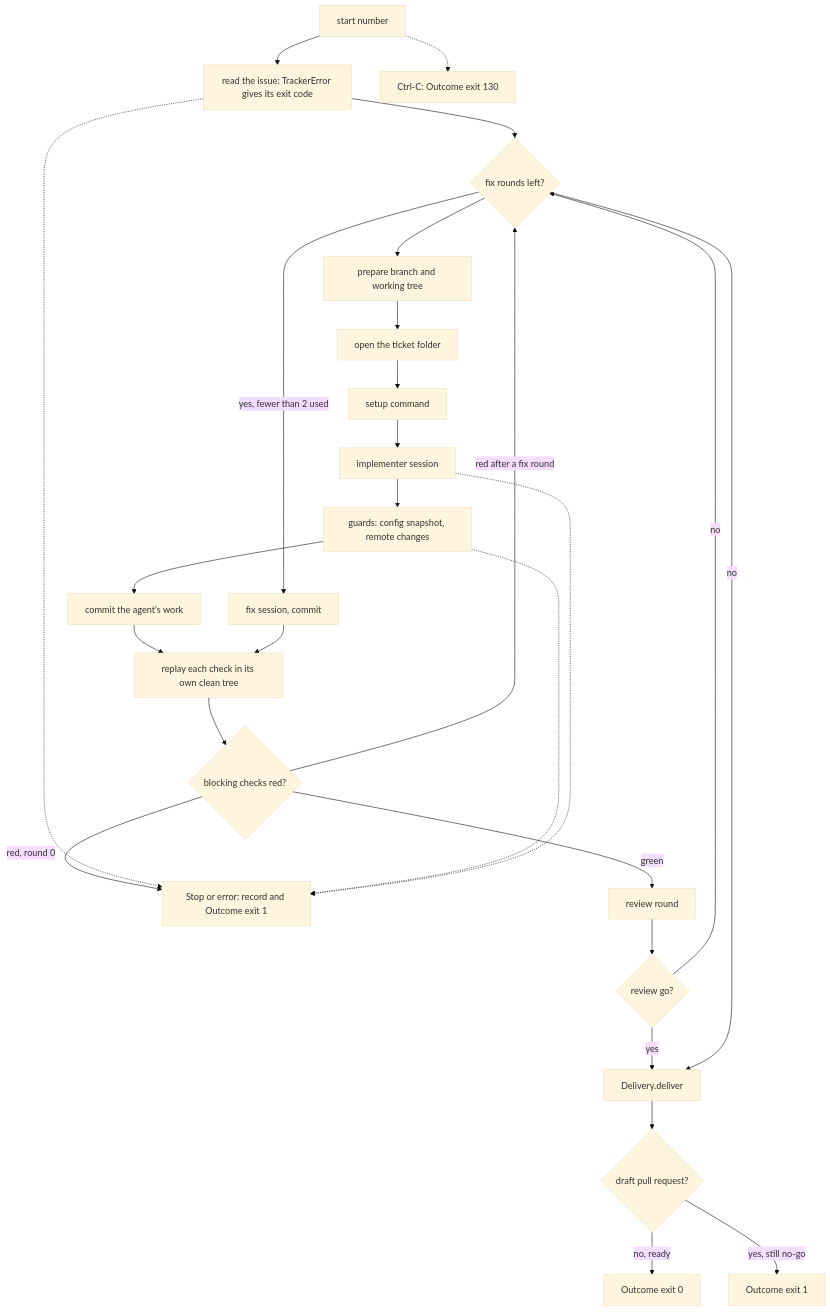
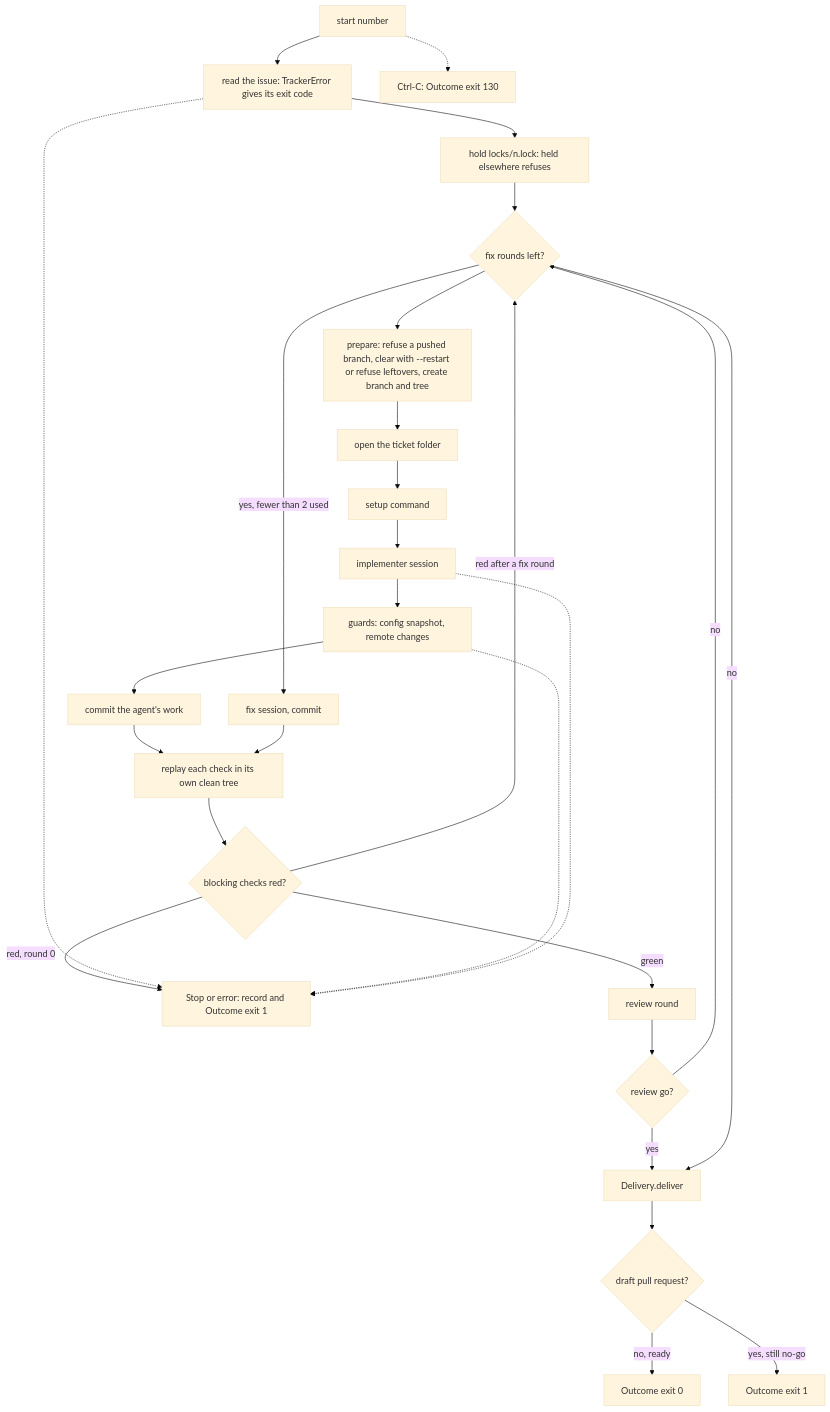
The first of 3 diagrams in docs/architecture/modules/flow.md (plaplanche/ariane), drawn with Mermaid (base theme) before and after one commit. The commit also changed other lines of this file and 27 other files, not shown here.

Commit message:
#140: Restart a stopped or interrupted ticket with `ariane start <n> --restart`, keeping the previous branch (C5, C23, C19)

````diff
--- a/docs/architecture/modules/flow.md
+++ b/docs/architecture/modules/flow.md
@@ -49,28 +50,29 @@
 ```mermaid
 flowchart TD
   A[start number] --> B[read the issue: TrackerError gives its exit code]
-  B --> R[register the run in runs/n, removed however it ends]
-  R --> C[prepare branch and working tree]
+  B --> LK[hold locks/n.lock: held elsewhere refuses]
+  LK --> R[register the run in runs/n, removed however it ends]
+  R --> C[prepare: refuse a pushed branch, clear with --restart or refuse leftovers, create branch and tree]
   C --> D[open the ticket folder]
   D --> E[setup command]
   E --> F[implementer session]
   F --> G[guards: config snapshot, remote changes]
   G --> H[commit the agent's work]
   H --> I[replay each check in its own clean tree]
   I --> K{blocking checks red?}
   K -- "red, round 0" --> S
   K -- green --> J[review round]
   K -- "red after a fix round" --> R{fix rounds left?}
   J --> G2{review go?}
   G2 -- no --> R
   G2 -- yes --> M[Delivery.deliver]
   R -- "yes, fewer than 2 used" --> L[fix session, commit] --> I
   R -- no --> M
   M --> N{draft pull request?}
   N -- no, ready --> O[Outcome exit 0]
   N -- yes, still no-go --> P[Outcome exit 1]
   B -.-> S[Stop or error: record and Outcome exit 1]
   G -.-> S
   F -.-> S
   A -.-> T[Ctrl-C: Outcome exit 130]
 ```
````
